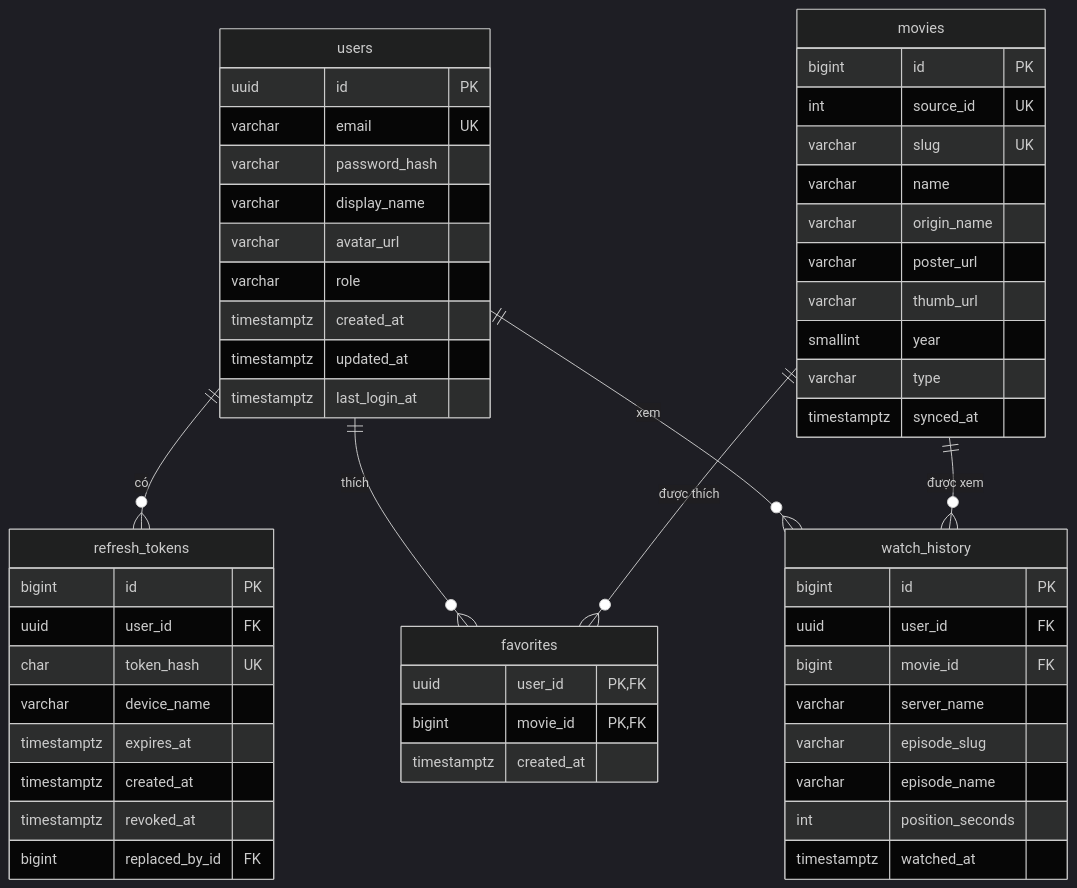
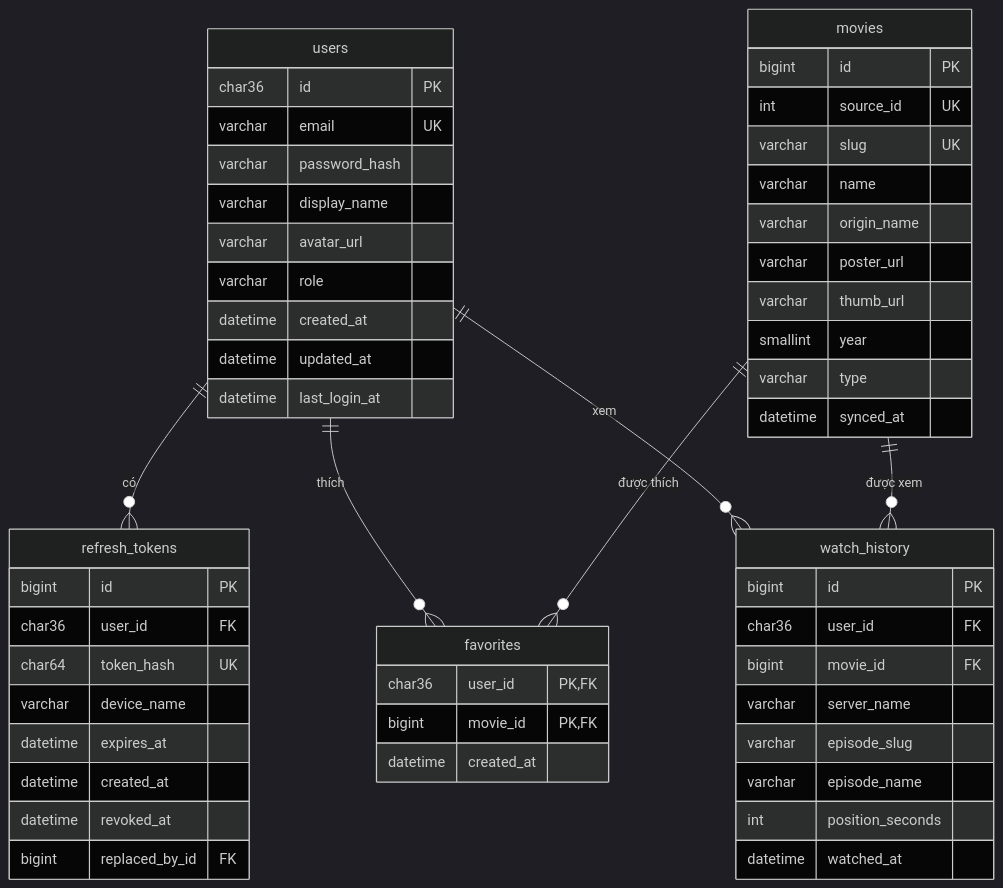
One commit to Truonghocdot/failing_subject changed the diagram in btl_flutter/docs/06-database.md. Above: the diagram before and after it, drawn with Mermaid (dark theme). The commit also changed other lines of this file and 71 other files, not shown here.

````diff
--- a/btl_flutter/docs/06-database.md
+++ b/btl_flutter/docs/06-database.md
@@ -29,57 +50,57 @@
 ```mermaid
 erDiagram
     users ||--o{ refresh_tokens : "có"
     users ||--o{ favorites : "thích"
     users ||--o{ watch_history : "xem"
     movies ||--o{ favorites : "được thích"
     movies ||--o{ watch_history : "được xem"
 
     users {
-        uuid id PK
+        char36 id PK
         varchar email UK
         varchar password_hash
         varchar display_name
         varchar avatar_url
         varchar role
-        timestamptz created_at
-        timestamptz updated_at
-        timestamptz last_login_at
+        datetime created_at
+        datetime updated_at
+        datetime last_login_at
     }
     refresh_tokens {
         bigint id PK
-        uuid user_id FK
-        char token_hash UK
+        char36 user_id FK
+        char64 token_hash UK
         varchar device_name
-        timestamptz expires_at
-        timestamptz created_at
-        timestamptz revoked_at
+        datetime expires_at
+        datetime created_at
+        datetime revoked_at
         bigint replaced_by_id FK
     }
     movies {
         bigint id PK
         int source_id UK
         varchar slug UK
         varchar name
         varchar origin_name
         varchar poster_url
         varchar thumb_url
         smallint year
         varchar type
-        timestamptz synced_at
+        datetime synced_at
     }
     favorites {
-        uuid user_id PK,FK
+        char36 user_id PK,FK
         bigint movie_id PK,FK
-        timestamptz created_at
+        datetime created_at
     }
     watch_history {
         bigint id PK
-        uuid user_id FK
+        char36 user_id FK
         bigint movie_id FK
         varchar server_name
         varchar episode_slug
         varchar episode_name
         int position_seconds
-        timestamptz watched_at
+        datetime watched_at
     }
 ```
````
